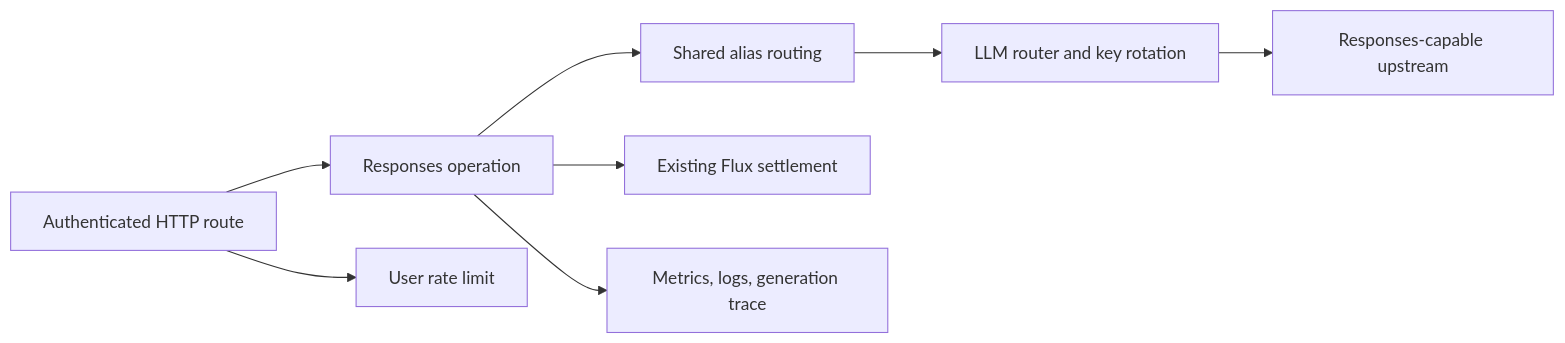
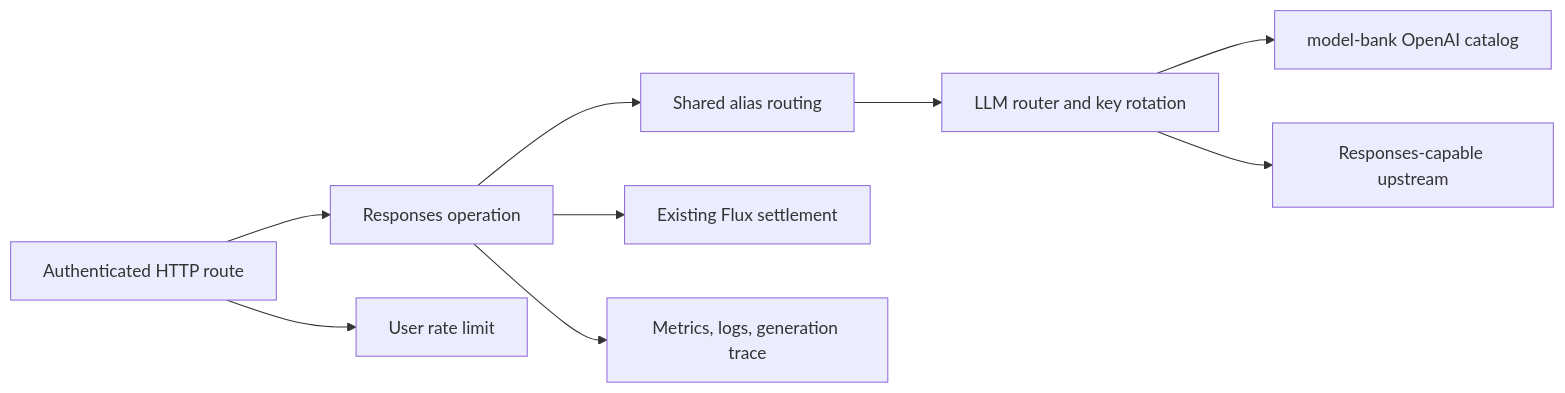
Before and after one commit to moeru-ai/airi: the first of 2 diagrams in server/docs/ai/adr/2026-09-15-hosted-responses.md, drawn with Mermaid. The commit also changed other lines of this file and 13 other files, not shown here.

Commit message:
feat(api): support catalog-based OpenAI web search

````diff
--- a/server/docs/ai/adr/2026-09-15-hosted-responses.md
+++ b/server/docs/ai/adr/2026-09-15-hosted-responses.md
@@ -34,10 +43,11 @@
 ```mermaid
 flowchart LR
   HTTP[Authenticated HTTP route] --> Operation[Responses operation]
   HTTP --> Limit[User rate limit]
   Operation --> Alias[Shared alias routing]
   Alias --> Router[LLM router and key rotation]
+  Router --> Catalog[model-bank OpenAI catalog]
   Router --> Upstream[Responses-capable upstream]
   Operation --> Billing[Existing Flux settlement]
   Operation --> Observe[Metrics, logs, generation trace]
 ```
````
